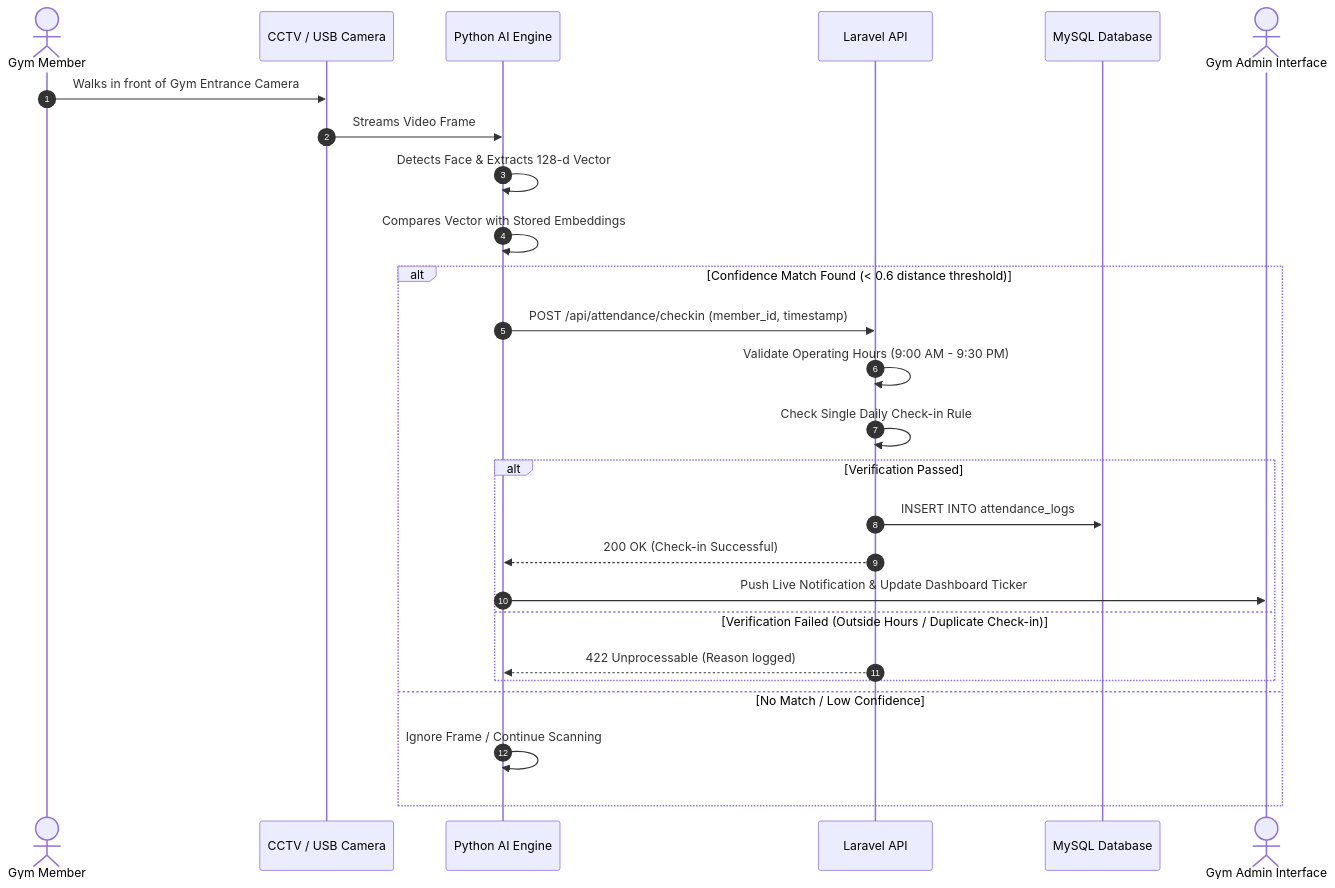
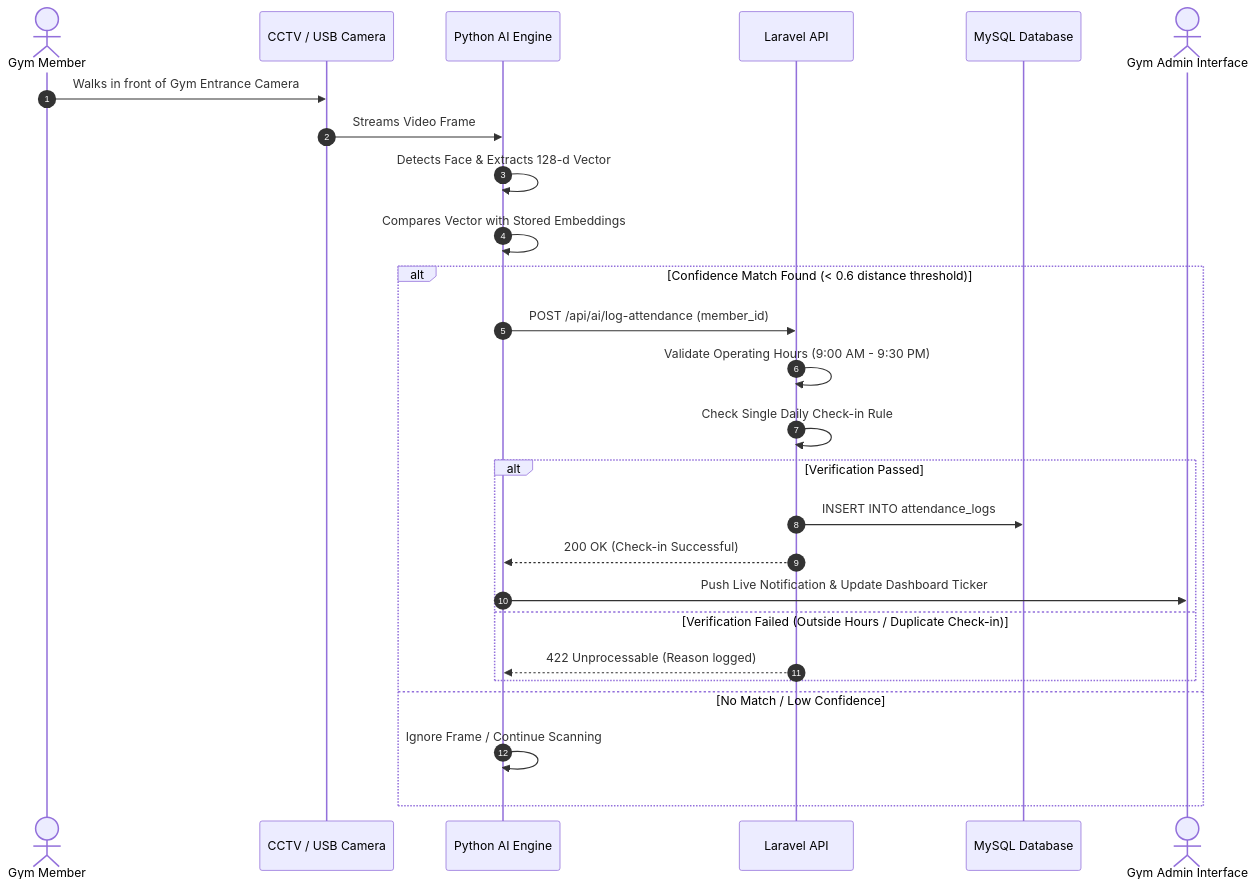
Before and after one commit to Plonteras191/GYM2-CAPSTONE: the fourth of 6 diagrams in DOCUMENTATION/Product Requirements Documents/Architecture/Architecture.md, drawn with Mermaid. The commit also changed other lines of this file and 10 other files, not shown here.

First line of the commit message:
Update outdated diagrams in the documentation to match the system

````diff
--- a/DOCUMENTATION/Product Requirements Documents/Architecture/Architecture.md
+++ b/DOCUMENTATION/Product Requirements Documents/Architecture/Architecture.md
@@ -271,31 +367,31 @@
 ```mermaid
 sequenceDiagram
     autonumber
     actor Member as Gym Member
     participant Cam as CCTV / USB Camera
     participant Py as Python AI Engine
     participant LV as Laravel API
     participant DB as MySQL Database
     actor Admin as Gym Admin Interface
 
     Member->>Cam: Walks in front of Gym Entrance Camera
     Cam->>Py: Streams Video Frame
     Py->>Py: Detects Face & Extracts 128-d Vector
     Py->>Py: Compares Vector with Stored Embeddings
     
     alt Confidence Match Found (< 0.6 distance threshold)
-        Py->>LV: POST /api/attendance/checkin (member_id, timestamp)
+        Py->>LV: POST /api/ai/log-attendance (member_id)
         LV->>LV: Validate Operating Hours (9:00 AM - 9:30 PM)
         LV->>LV: Check Single Daily Check-in Rule
         
         alt Verification Passed
             LV->>DB: INSERT INTO attendance_logs
             LV-->>Py: 200 OK (Check-in Successful)
             Py->>Admin: Push Live Notification & Update Dashboard Ticker
         else Verification Failed (Outside Hours / Duplicate Check-in)
             LV-->>Py: 422 Unprocessable (Reason logged)
         end
     else No Match / Low Confidence
         Py->>Py: Ignore Frame / Continue Scanning
     end
 ```
````
